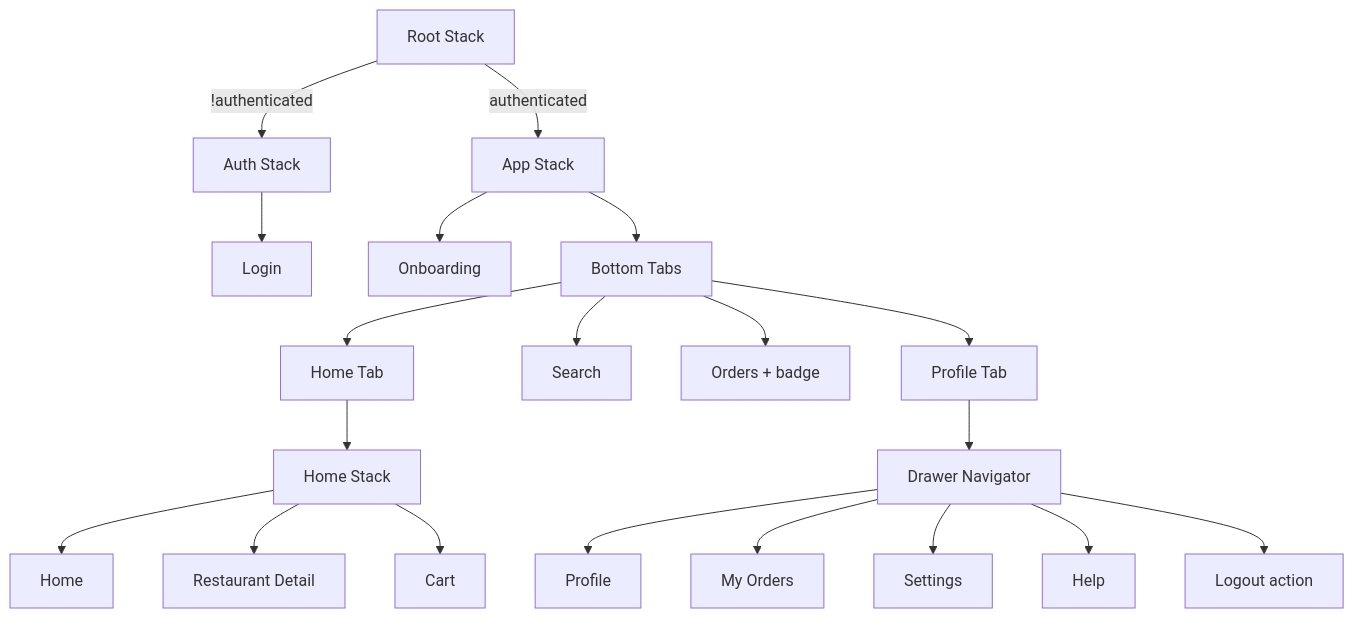
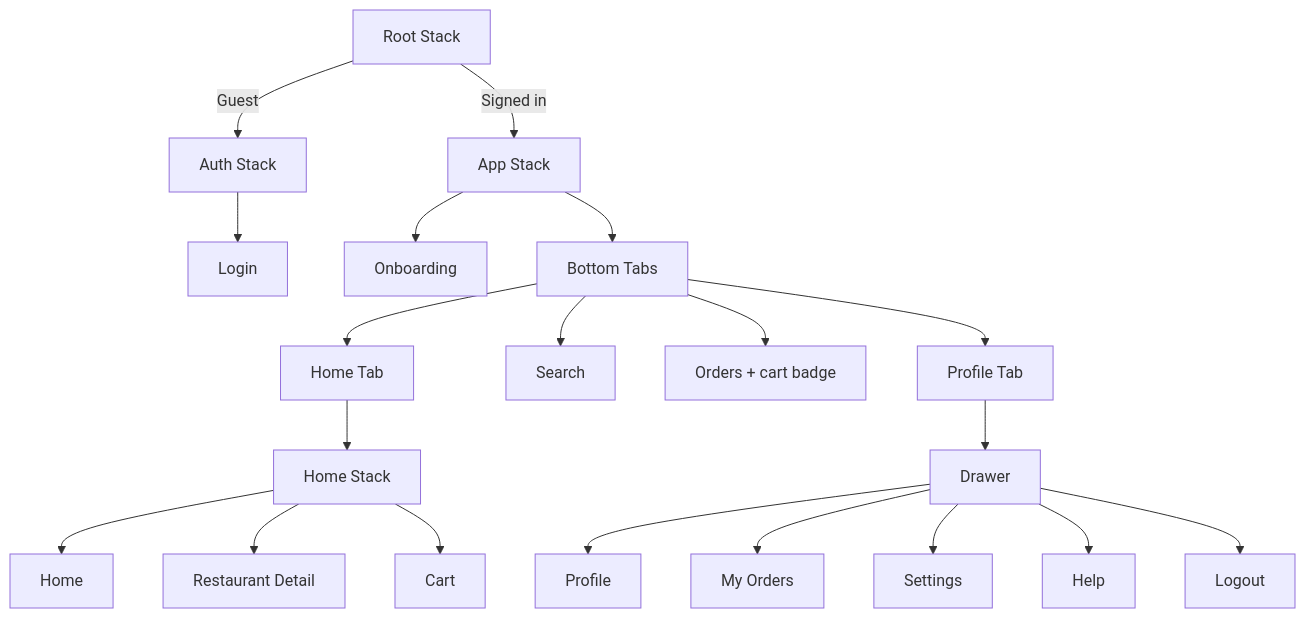
One commit to Yusuf-9198/Basics-App changed the diagram in FoodDeliveryApp/README.md. Above: the diagram before and after it, drawn with Mermaid. The commit also changed other lines of this file, not shown here.

````diff
--- a/FoodDeliveryApp/README.md
+++ b/FoodDeliveryApp/README.md
@@ -17,23 +81,23 @@
 ```mermaid
 flowchart TB
   Root[Root Stack]
-  Root -->|!authenticated| Auth[Auth Stack]
-  Root -->|authenticated| App[App Stack]
+  Root -->|Guest| Auth[Auth Stack]
+  Root -->|Signed in| App[App Stack]
   Auth --> Login[Login]
   App --> Onboarding[Onboarding]
   App --> Tabs[Bottom Tabs]
   Tabs --> HomeTab[Home Tab]
   Tabs --> Search[Search]
-  Tabs --> Orders[Orders + badge]
+  Tabs --> Orders[Orders + cart badge]
   Tabs --> ProfileTab[Profile Tab]
   HomeTab --> HomeStack[Home Stack]
   HomeStack --> Home[Home]
   HomeStack --> Detail[Restaurant Detail]
   HomeStack --> Cart[Cart]
-  ProfileTab --> Drawer[Drawer Navigator]
+  ProfileTab --> Drawer[Drawer]
   Drawer --> Profile[Profile]
   Drawer --> MyOrders[My Orders]
   Drawer --> Settings[Settings]
   Drawer --> Help[Help]
-  Drawer --> Logout[Logout action]
+  Drawer --> Logout[Logout]
 ```
````
